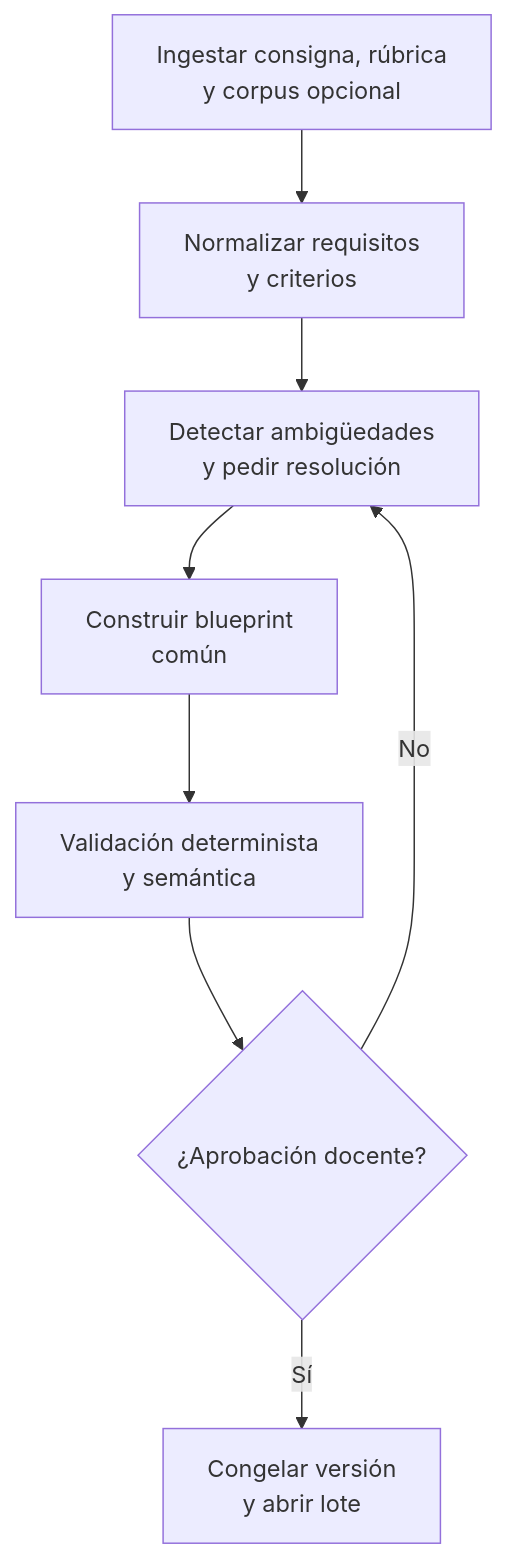
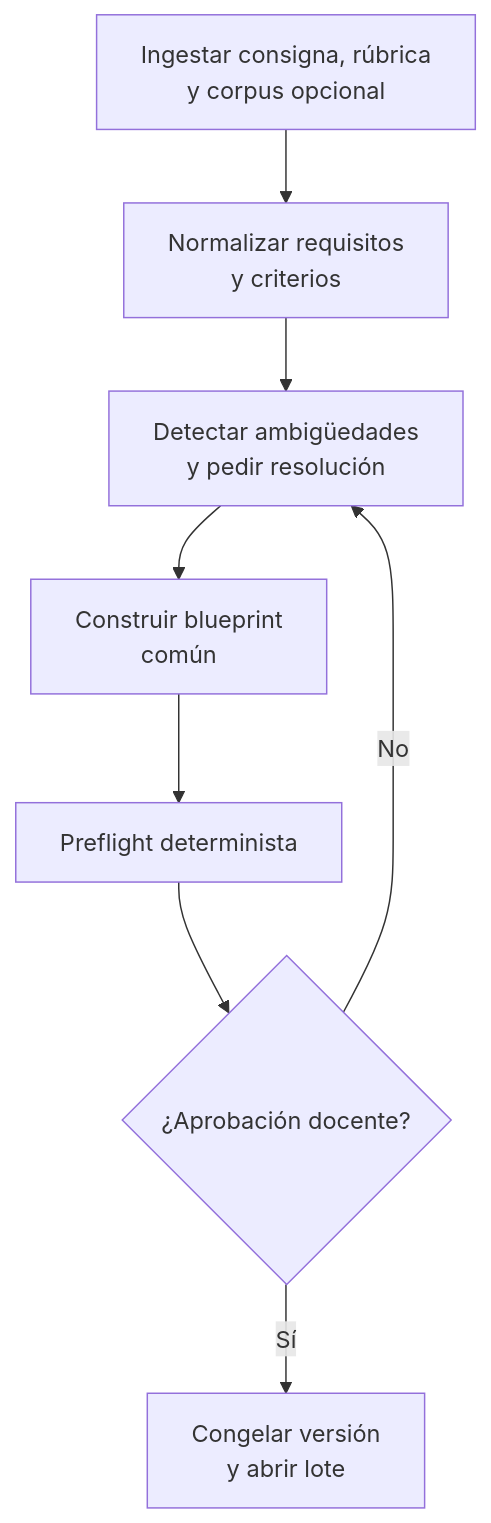
One commit to WilJms/PruebasPersonalizadas changed the fourth of 6 diagrams in specification/00_Especificacion_Arquitectura_v1.1(1).md. Above: the diagram before and after it, drawn with Mermaid. The commit also changed other lines of this file and 27 other files, not shown here.

````diff
--- a/specification/00_Especificacion_Arquitectura_v1.1(1).md
+++ b/specification/00_Especificacion_Arquitectura_v1.1(1).md
@@ -448,10 +453,10 @@
 ```mermaid
 flowchart TB
     A["Ingestar consigna, rúbrica\ny corpus opcional"] --> B["Normalizar requisitos\ny criterios"]
     B --> C["Detectar ambigüedades\ny pedir resolución"]
     C --> D["Construir blueprint\ncomún"]
-    D --> E["Validación determinista\ny semántica"]
+    D --> E["Preflight determinista"]
     E --> F{¿Aprobación docente?}
     F -->|No| C
     F -->|Sí| G["Congelar versión\ny abrir lote"]
 ```
````
